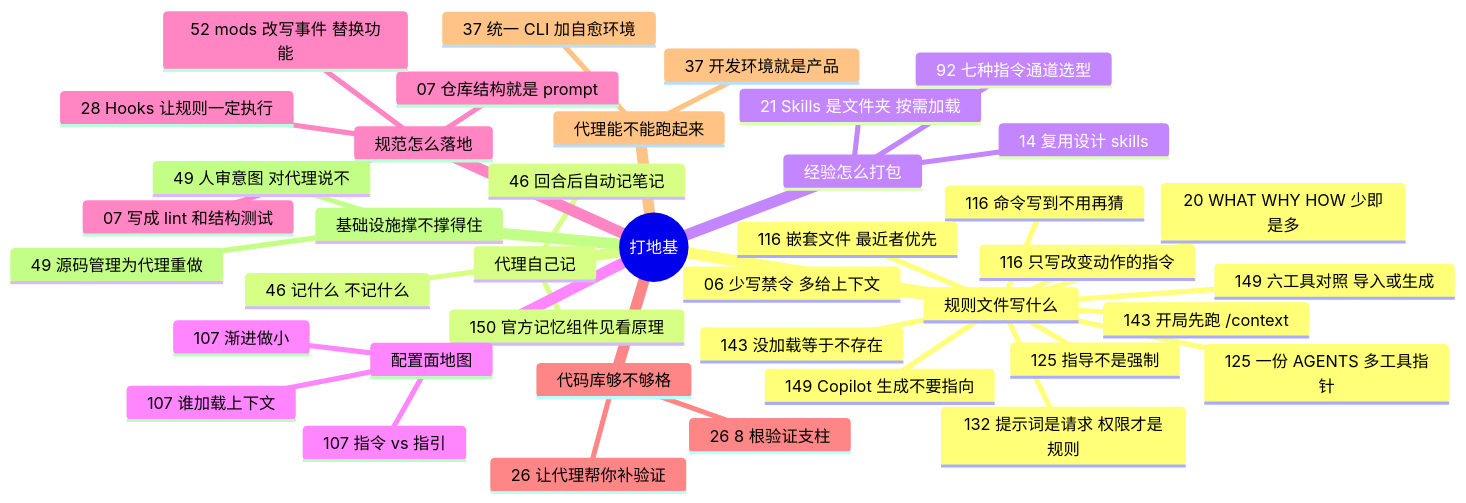
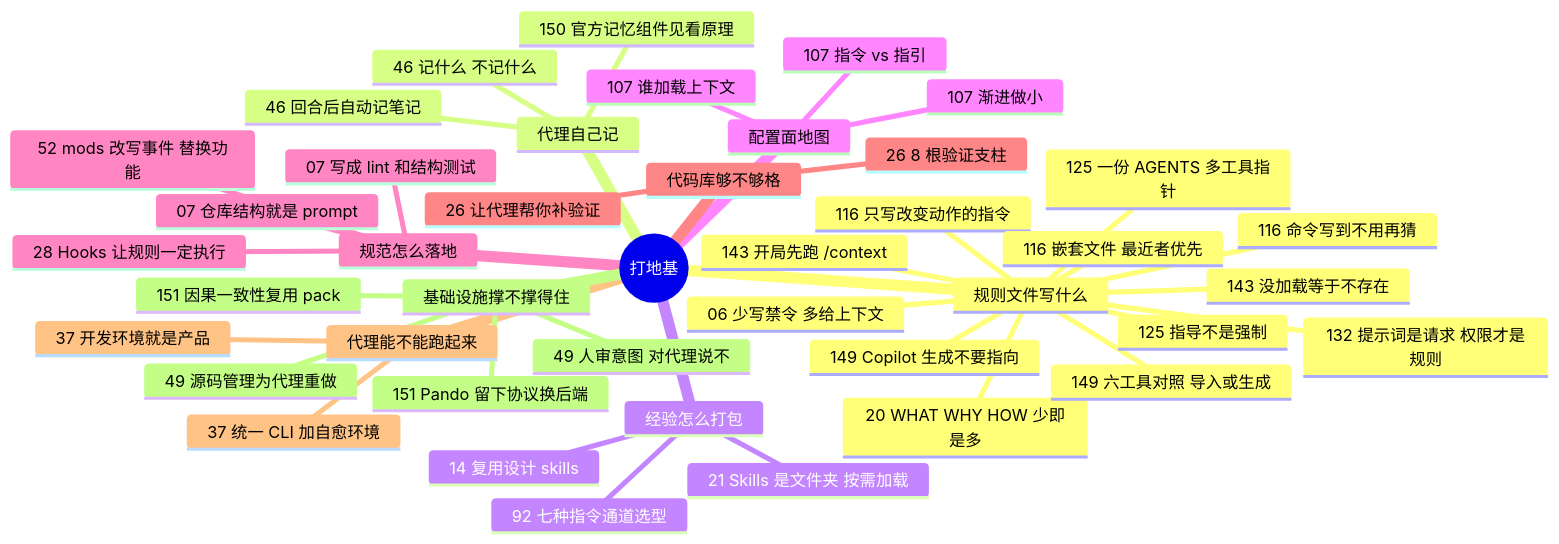
Before and after one commit to yzw7489757/ai-coding-videos: the diagram in docs/guide/foundation.md, drawn with Mermaid. The commit also changed other lines of this file and 18 other files, not shown here.

````diff
--- a/docs/guide/foundation.md
+++ b/docs/guide/foundation.md
@@ -13,43 +13,45 @@
 ```mermaid
 mindmap
   root((打地基))
     规则文件写什么
       20 WHAT WHY HOW 少即是多
       06 少写禁令 多给上下文
       143 开局先跑 /context
       143 没加载等于不存在
       149 六工具对照 导入或生成
       149 Copilot 生成不要指向
       125 一份 AGENTS 多工具指针
       125 指导不是强制
       116 只写改变动作的指令
       116 命令写到不用再猜
       116 嵌套文件 最近者优先
       132 提示词是请求 权限才是规则
     代理自己记
       46 回合后自动记笔记
       46 记什么 不记什么
       150 官方记忆组件见看原理
     经验怎么打包
       21 Skills 是文件夹 按需加载
       14 复用设计 skills
       92 七种指令通道选型
     配置面地图
       107 指令 vs 指引
       107 谁加载上下文
       107 渐进做小
     规范怎么落地
       07 写成 lint 和结构测试
       07 仓库结构就是 prompt
       28 Hooks 让规则一定执行
       52 mods 改写事件 替换功能
     代码库够不够格
       26 8 根验证支柱
       26 让代理帮你补验证
     代理能不能跑起来
       37 开发环境就是产品
       37 统一 CLI 加自愈环境
     基础设施撑不撑得住
       49 源码管理为代理重做
       49 人审意图 对代理说不
+      151 Pando 留下协议换后端
+      151 因果一致性复用 pack
 ```
````
